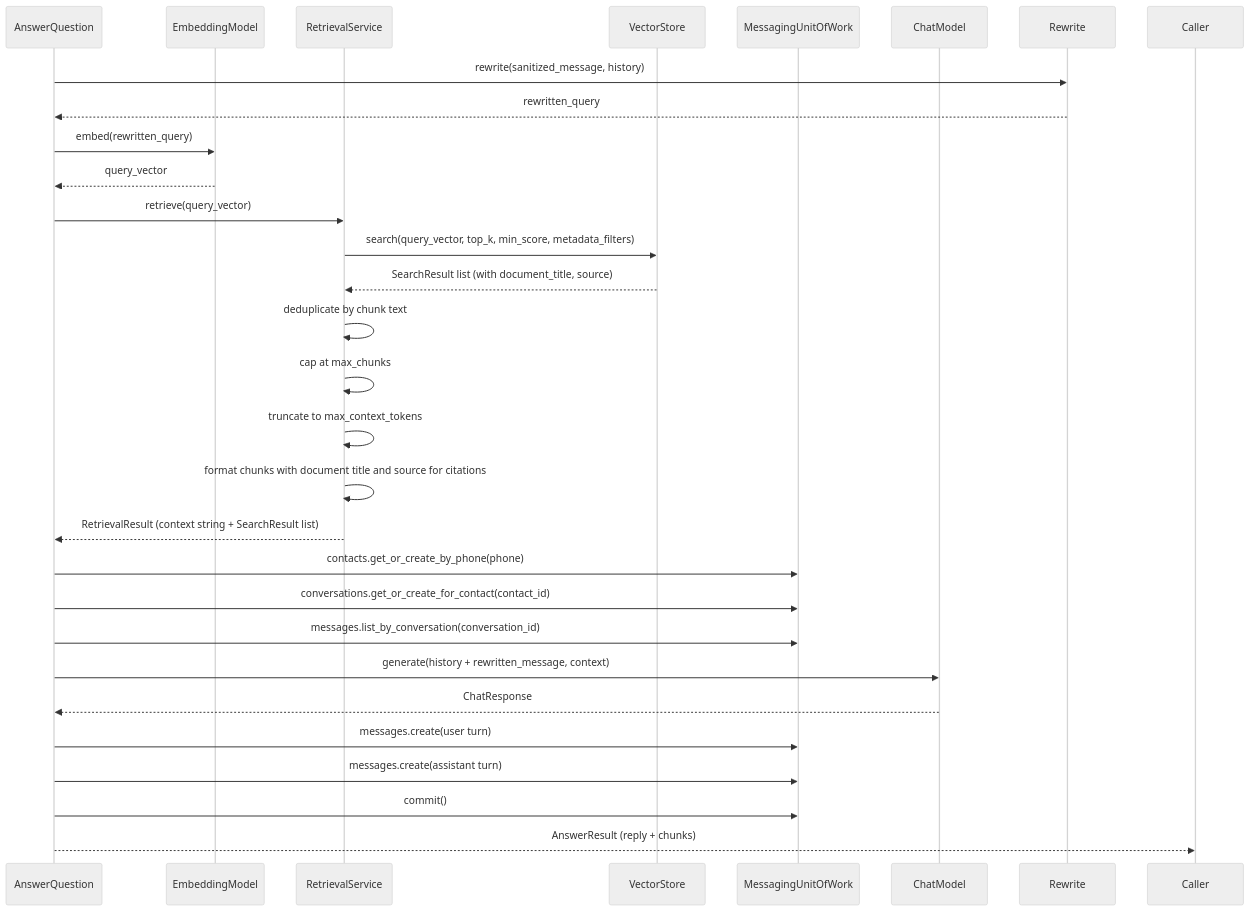
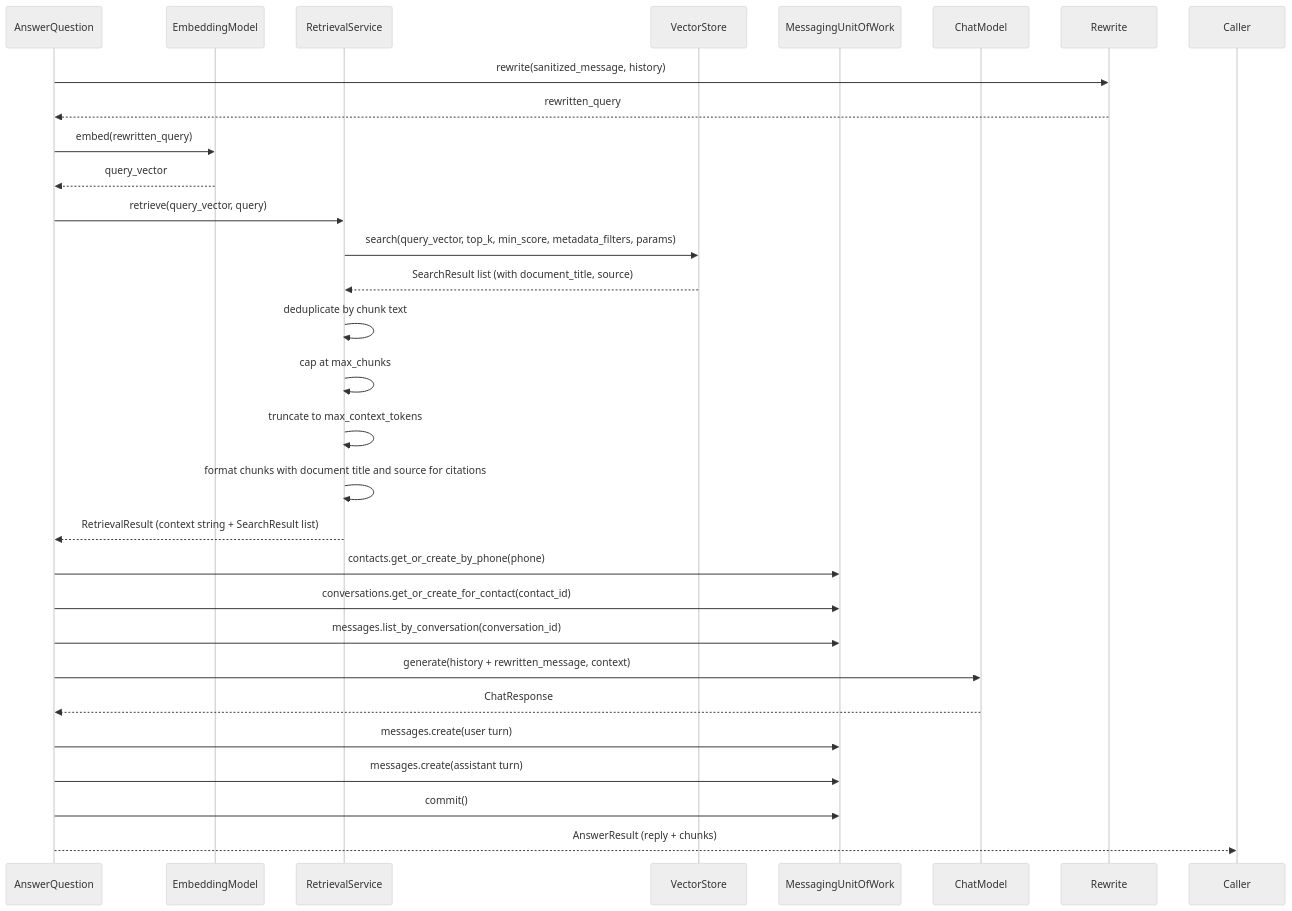
One commit to camercadop/knowledge-support-ai-agent changed the first of 2 diagrams in app/application/support/README.md. Above: the diagram before and after it, drawn with Mermaid (neutral theme). The commit also changed other lines of this file and 25 other files, not shown here.

````diff
--- a/app/application/support/README.md
+++ b/app/application/support/README.md
@@ -33,31 +33,31 @@
 ```mermaid
 sequenceDiagram
     participant UC as AnswerQuestion
     participant Embed as EmbeddingModel
     participant RS as RetrievalService
     participant VS as VectorStore
     participant UoW as MessagingUnitOfWork
     participant LLM as ChatModel
 
     UC->>Rewrite: rewrite(sanitized_message, history)
     Rewrite-->>UC: rewritten_query
     UC->>Embed: embed(rewritten_query)
     Embed-->>UC: query_vector
-    UC->>RS: retrieve(query_vector)
-    RS->>VS: search(query_vector, top_k, min_score, metadata_filters)
+    UC->>RS: retrieve(query_vector, query)
+    RS->>VS: search(query_vector, top_k, min_score, metadata_filters, params)
     VS-->>RS: SearchResult list (with document_title, source)
     RS->>RS: deduplicate by chunk text
     RS->>RS: cap at max_chunks
     RS->>RS: truncate to max_context_tokens
     RS->>RS: format chunks with document title and source for citations
     RS-->>UC: RetrievalResult (context string + SearchResult list)
     UC->>UoW: contacts.get_or_create_by_phone(phone)
     UC->>UoW: conversations.get_or_create_for_contact(contact_id)
     UC->>UoW: messages.list_by_conversation(conversation_id)
     UC->>LLM: generate(history + rewritten_message, context)
     LLM-->>UC: ChatResponse
     UC->>UoW: messages.create(user turn)
     UC->>UoW: messages.create(assistant turn)
     UC->>UoW: commit()
     UC-->>Caller: AnswerResult (reply + chunks)
 ```
````
